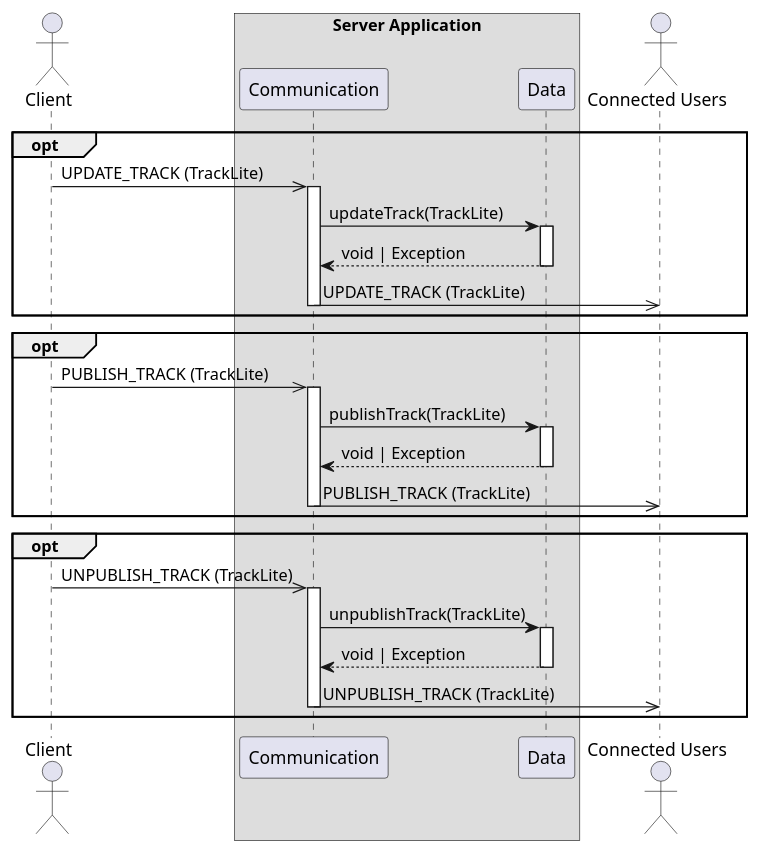
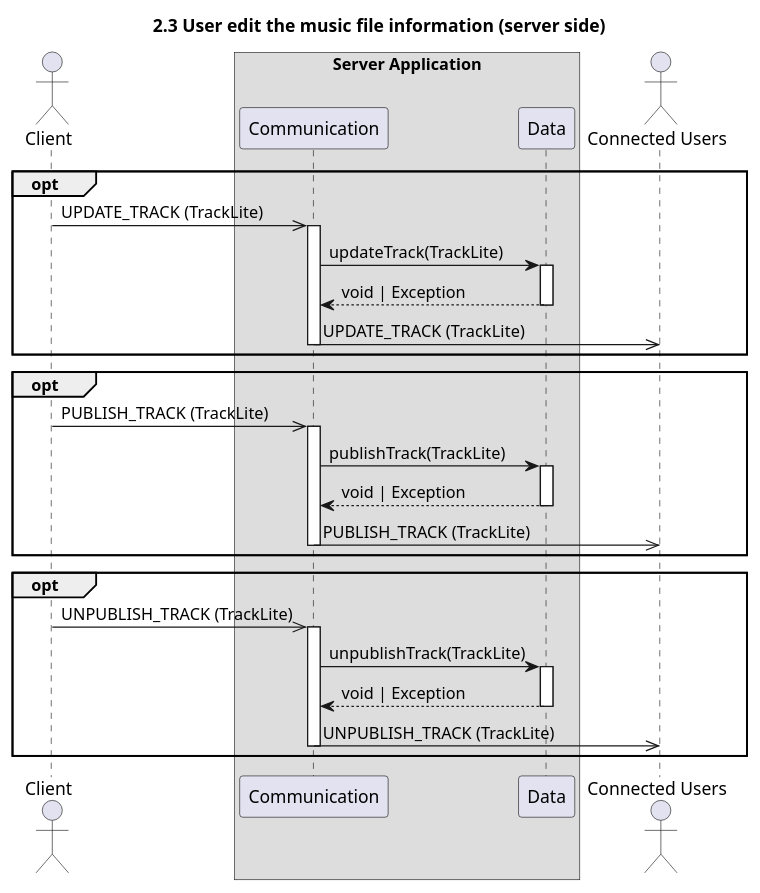
Before and after one commit to UTCAI12/Diagrams: the diagram in sequence/2.3.update_music_file_server.puml, drawn with PlantUML. The commit also changed 30 other files, not shown here.

Commit message:
adding titles on all diagrams

```diff
--- a/sequence/2.3.update_music_file_server.puml
+++ b/sequence/2.3.update_music_file_server.puml
@@ -1,33 +1,35 @@
-@startuml  2.3 User edit the music file information (server side)
+@startuml 2.3 User edit the music file information (server side)
+title 2.3 User edit the music file information (server side)
+
 actor "Client" as client
 box "Server Application"
     participant Communication as com
     participant Data as data
 end box
 actor "Connected Users" as connected
 
 
 opt 
     client ->> com++:  UPDATE_TRACK (TrackLite) 
     com -> data++: updateTrack(TrackLite)
     return void | Exception
     com->>connected: UPDATE_TRACK (TrackLite) 
     deactivate com
 end
 
 opt 
     client ->> com++:  PUBLISH_TRACK (TrackLite) 
     com -> data++: publishTrack(TrackLite)
     return void | Exception
     com->>connected: PUBLISH_TRACK (TrackLite) 
     deactivate com
 end
 
 opt 
     client ->> com++:  UNPUBLISH_TRACK (TrackLite) 
     com -> data++: unpublishTrack(TrackLite)
     return void | Exception
     com->>connected: UNPUBLISH_TRACK (TrackLite) 
     deactivate com
 end
 @enduml
```
